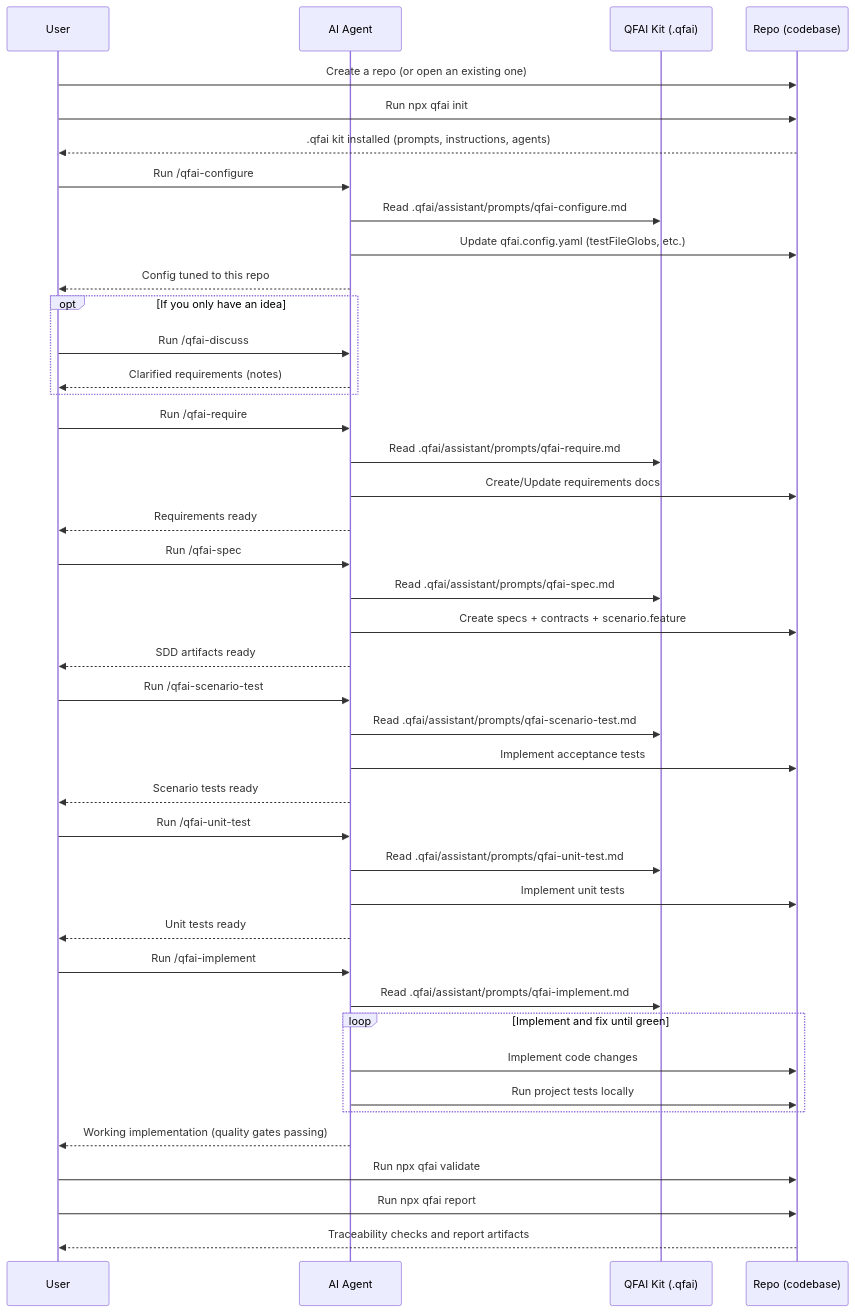
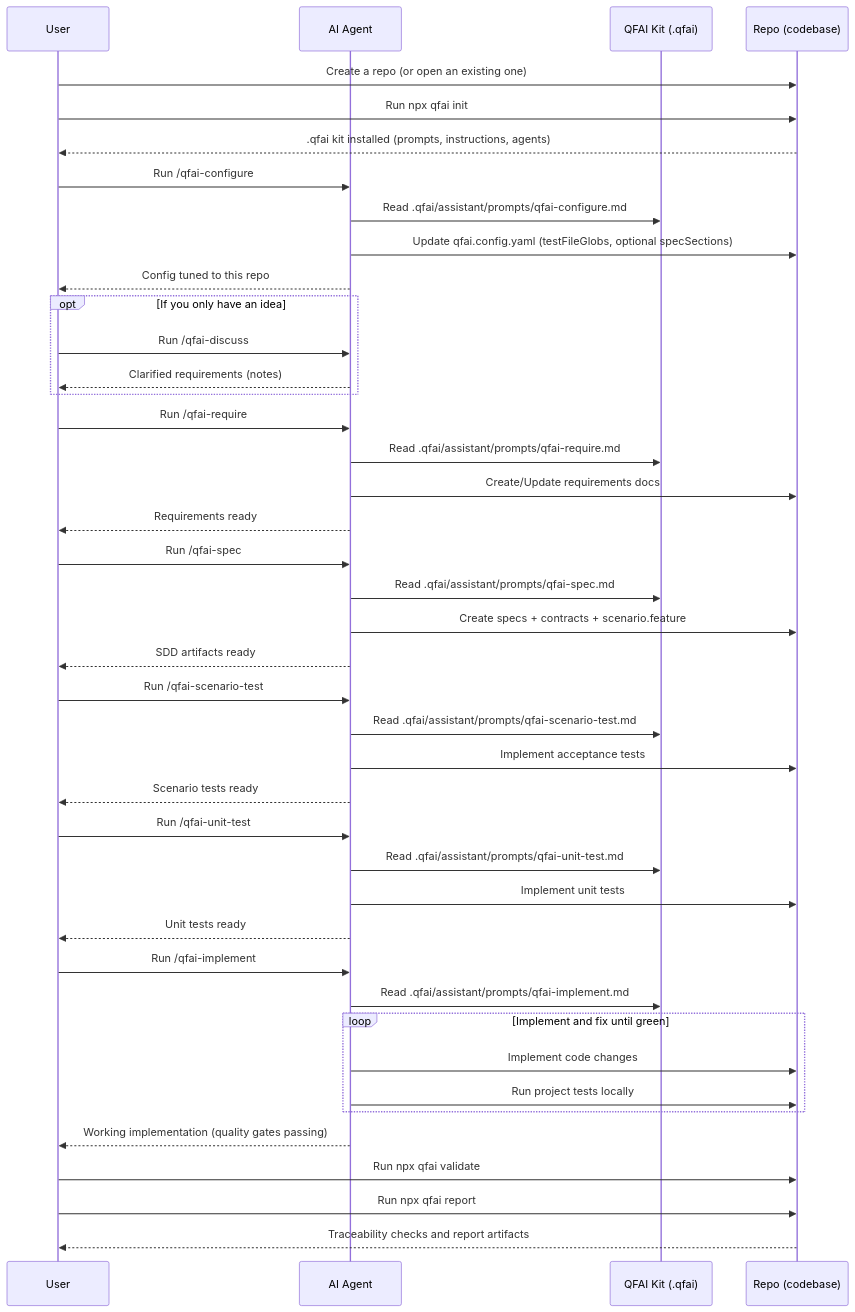
Before and after one commit to aganesy/QFAI: the diagram in README.md, drawn with Mermaid. The commit also changed other lines of this file and 2 other files, not shown here.

Commit message:
docs: clarify specSections and configure flow

````diff
--- a/README.md
+++ b/README.md
@@ -71,53 +71,53 @@
 ```mermaid
 sequenceDiagram
 participant U as User
 participant AG as AI Agent
 participant Q as QFAI Kit (.qfai)
 participant R as Repo (codebase)
 
 U->>R: Create a repo (or open an existing one)
 U->>R: Run npx qfai init
 R-->>U: .qfai kit installed (prompts, instructions, agents)
 
 U->>AG: Run /qfai-configure
 AG->>Q: Read .qfai/assistant/prompts/qfai-configure.md
-AG->>R: Update qfai.config.yaml (testFileGlobs, etc.)
+AG->>R: Update qfai.config.yaml (testFileGlobs, optional specSections)
 AG-->>U: Config tuned to this repo
 
 opt If you only have an idea
 U->>AG: Run /qfai-discuss
 AG-->>U: Clarified requirements (notes)
 end
 
 U->>AG: Run /qfai-require
 AG->>Q: Read .qfai/assistant/prompts/qfai-require.md
 AG->>R: Create/Update requirements docs
 AG-->>U: Requirements ready
 
 U->>AG: Run /qfai-spec
 AG->>Q: Read .qfai/assistant/prompts/qfai-spec.md
 AG->>R: Create specs + contracts + scenario.feature
 AG-->>U: SDD artifacts ready
 
 U->>AG: Run /qfai-scenario-test
 AG->>Q: Read .qfai/assistant/prompts/qfai-scenario-test.md
 AG->>R: Implement acceptance tests
 AG-->>U: Scenario tests ready
 
 U->>AG: Run /qfai-unit-test
 AG->>Q: Read .qfai/assistant/prompts/qfai-unit-test.md
 AG->>R: Implement unit tests
 AG-->>U: Unit tests ready
 
 U->>AG: Run /qfai-implement
 AG->>Q: Read .qfai/assistant/prompts/qfai-implement.md
 loop Implement and fix until green
 AG->>R: Implement code changes
 AG->>R: Run project tests locally
 end
 AG-->>U: Working implementation (quality gates passing)
 
 U->>R: Run npx qfai validate
 U->>R: Run npx qfai report
 R-->>U: Traceability checks and report artifacts
 ```
````
